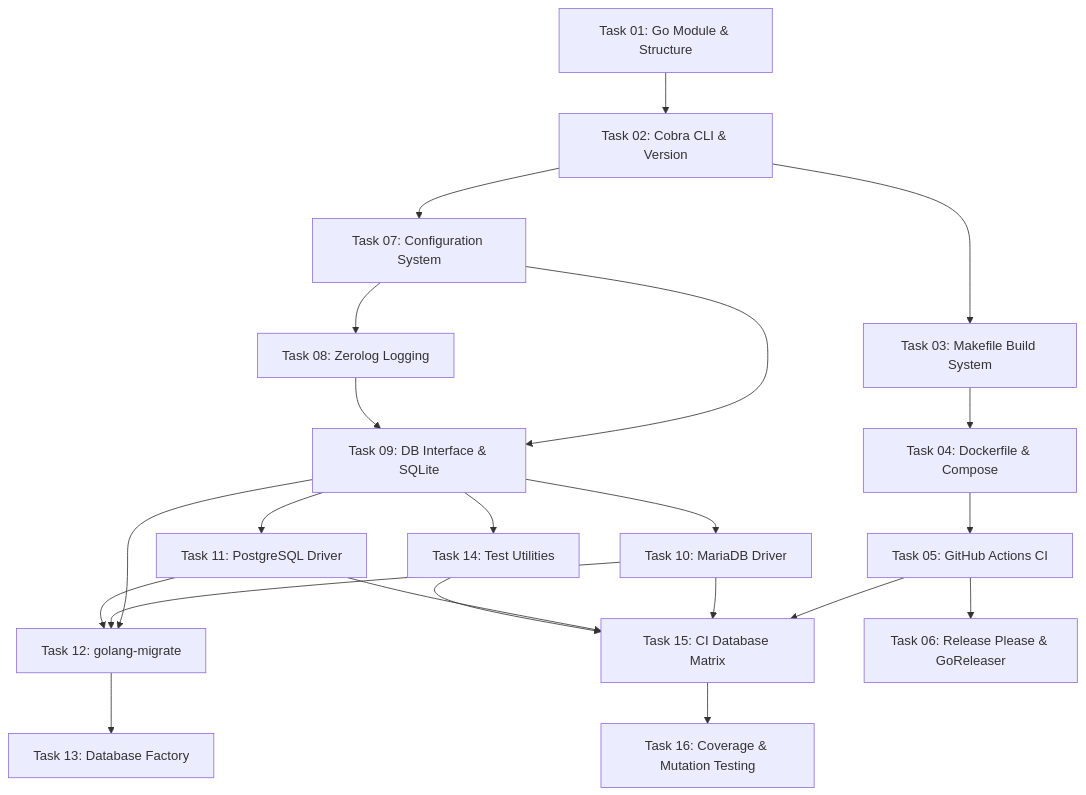
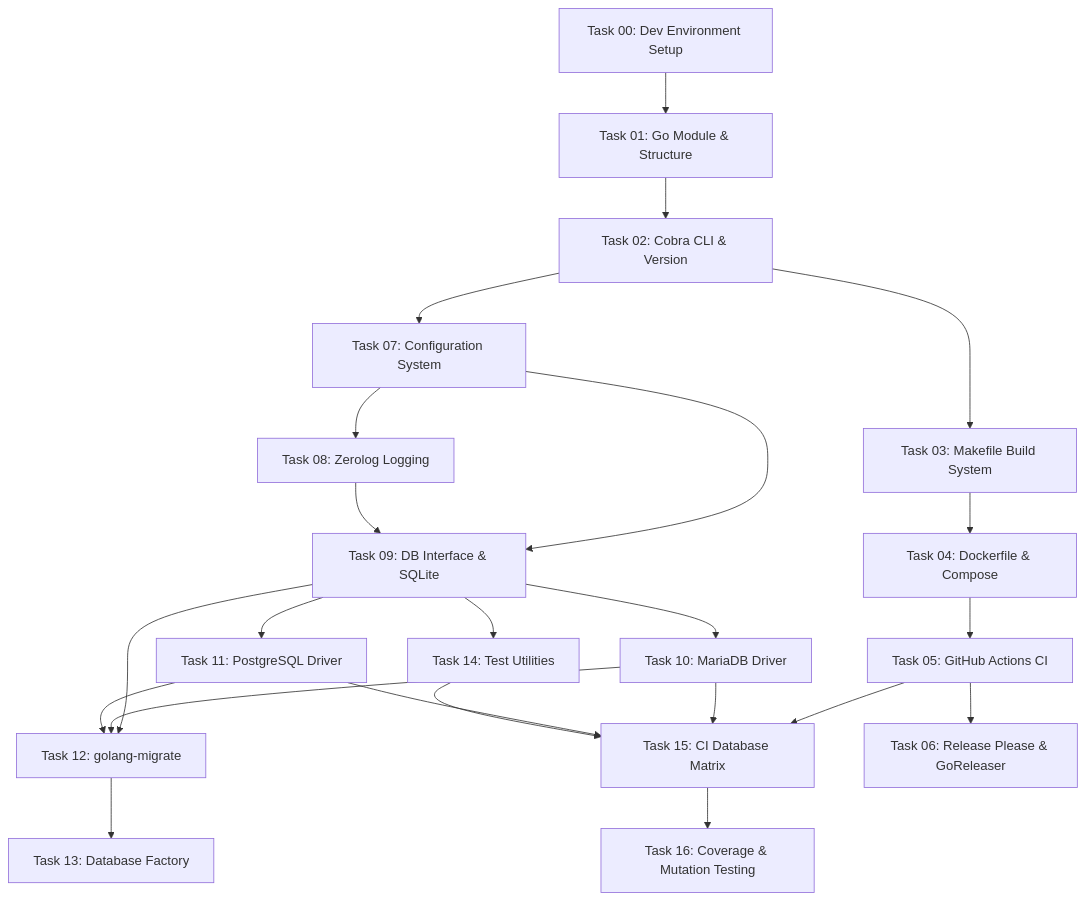
One commit to deviantintegral/replica changed the second of 2 diagrams in .ai/task-manager/plans/01--foundation/plan-01--foundation.md. Above: the diagram before and after it, drawn with Mermaid. The commit also changed other lines of this file and 2 other files, not shown here.

Commit message:
docs: add dev environment setup

````diff
--- a/.ai/task-manager/plans/01--foundation/plan-01--foundation.md
+++ b/.ai/task-manager/plans/01--foundation/plan-01--foundation.md
@@ -344,24 +403,25 @@
 ```mermaid
 graph TD
+    00[Task 00: Dev Environment Setup] --> 01[Task 01: Go Module & Structure]
     01[Task 01: Go Module & Structure] --> 02[Task 02: Cobra CLI & Version]
     02 --> 03[Task 03: Makefile Build System]
     02 --> 07[Task 07: Configuration System]
     03 --> 04[Task 04: Dockerfile & Compose]
     04 --> 05[Task 05: GitHub Actions CI]
     05 --> 06[Task 06: Release Please & GoReleaser]
     07 --> 08[Task 08: Zerolog Logging]
     07 --> 09[Task 09: DB Interface & SQLite]
     08 --> 09
     09 --> 10[Task 10: MariaDB Driver]
     09 --> 11[Task 11: PostgreSQL Driver]
     09 --> 12[Task 12: golang-migrate]
     09 --> 14[Task 14: Test Utilities]
     10 --> 12
     11 --> 12
     12 --> 13[Task 13: Database Factory]
     05 --> 15[Task 15: CI Database Matrix]
     10 --> 15
     11 --> 15
     14 --> 15
     15 --> 16[Task 16: Coverage & Mutation Testing]
 ```
````
